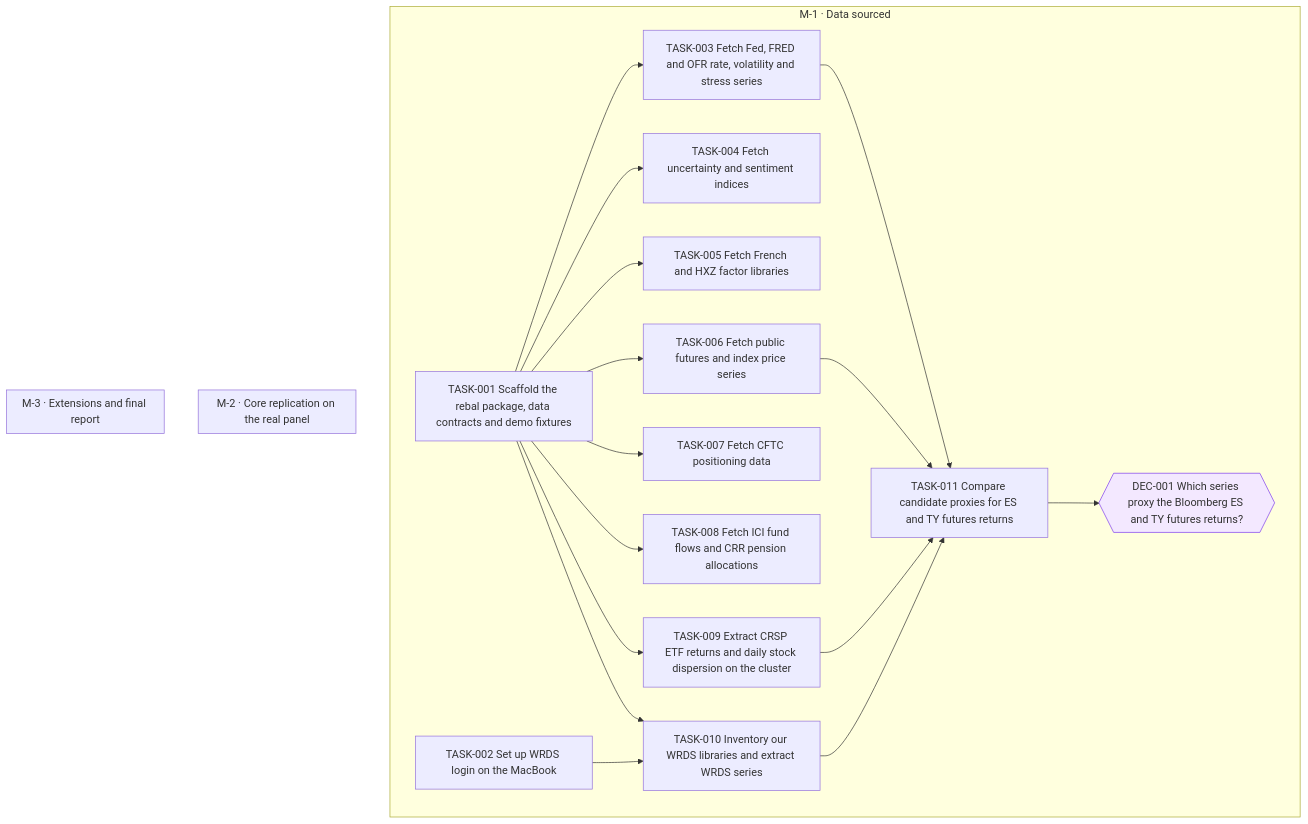
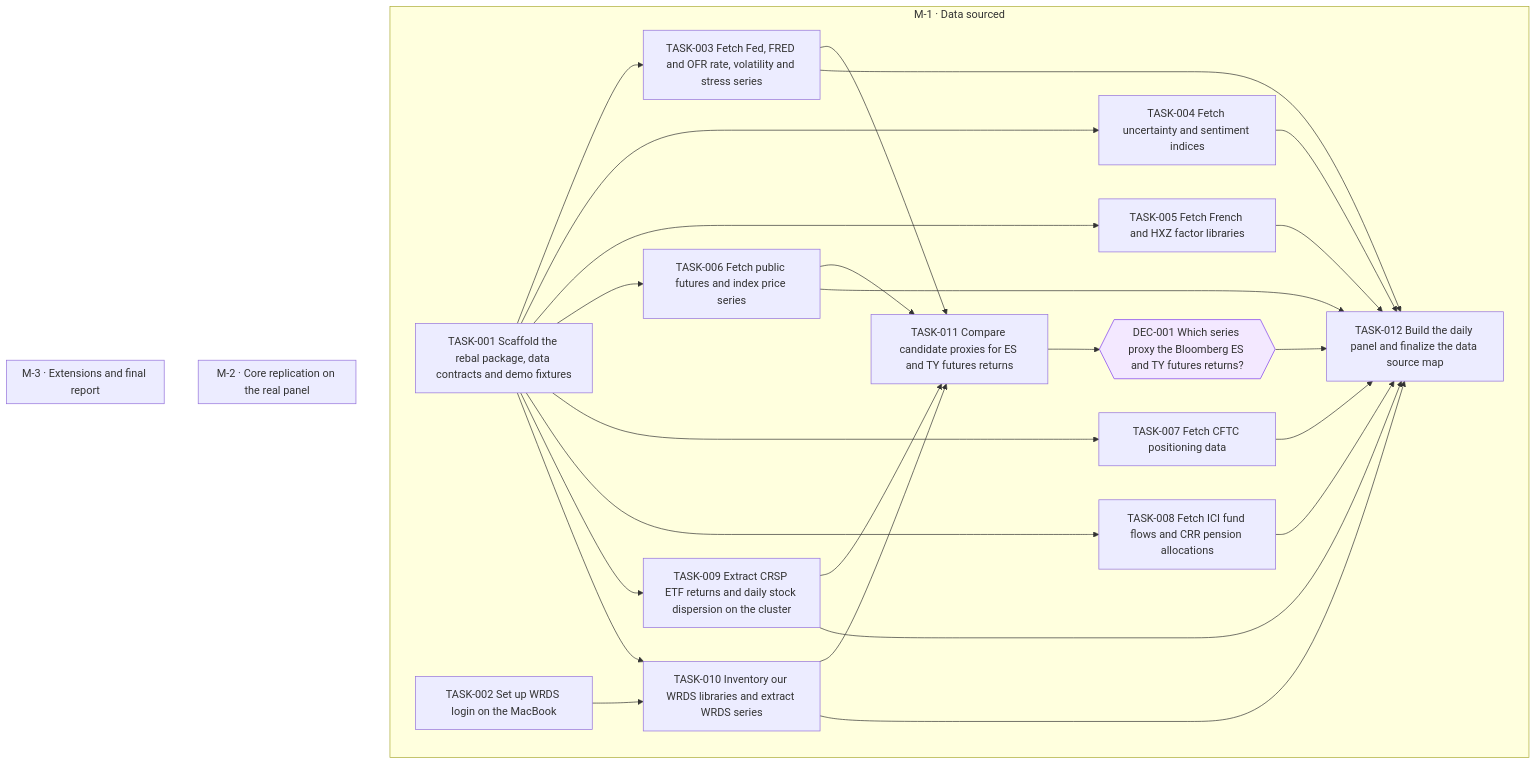
The diagram in goals/hmm-rebalancing/README.md (jesusvillota/replicate), drawn with Mermaid before and after one commit. The commit also changed 1 other file, not shown here.

Commit message:
goal(hmm-rebalancing): add TASK-012 Build the daily panel and finalize the data source map

````diff
--- a/goals/hmm-rebalancing/README.md
+++ b/goals/hmm-rebalancing/README.md
@@ -126,39 +126,49 @@
 ```mermaid
 flowchart TD
   subgraph M_1["M-1 · Data sourced"]
     DEC_001{{"DEC-001 Which series proxy the Bloomberg ES and TY futures returns?"}}
     TASK_001["TASK-001 Scaffold the rebal package, data contracts and demo fixtures"]
     TASK_002["TASK-002 Set up WRDS login on the MacBook"]
     TASK_003["TASK-003 Fetch Fed, FRED and OFR rate, volatility and stress series"]
     TASK_004["TASK-004 Fetch uncertainty and sentiment indices"]
     TASK_005["TASK-005 Fetch French and HXZ factor libraries"]
     TASK_006["TASK-006 Fetch public futures and index price series"]
     TASK_007["TASK-007 Fetch CFTC positioning data"]
     TASK_008["TASK-008 Fetch ICI fund flows and CRR pension allocations"]
     TASK_009["TASK-009 Extract CRSP ETF returns and daily stock dispersion on the cluster"]
     TASK_010["TASK-010 Inventory our WRDS libraries and extract WRDS series"]
     TASK_011["TASK-011 Compare candidate proxies for ES and TY futures returns"]
+    TASK_012["TASK-012 Build the daily panel and finalize the data source map"]
   end
   subgraph M_2["M-2 · Core replication on the real panel"]
   end
   subgraph M_3["M-3 · Extensions and final report"]
   end
   TASK_011 --> DEC_001
   TASK_001 --> TASK_003
   TASK_001 --> TASK_004
   TASK_001 --> TASK_005
   TASK_001 --> TASK_006
   TASK_001 --> TASK_007
   TASK_001 --> TASK_008
   TASK_001 --> TASK_009
   TASK_001 --> TASK_010
   TASK_002 --> TASK_010
   TASK_003 --> TASK_011
   TASK_006 --> TASK_011
   TASK_009 --> TASK_011
   TASK_010 --> TASK_011
+  TASK_003 --> TASK_012
+  TASK_004 --> TASK_012
+  TASK_005 --> TASK_012
+  TASK_006 --> TASK_012
+  TASK_007 --> TASK_012
+  TASK_008 --> TASK_012
+  TASK_009 --> TASK_012
+  TASK_010 --> TASK_012
+  DEC_001 --> TASK_012
   classDef draft stroke-dasharray: 4 3
   classDef cancelled opacity:0.45
   classDef decision fill:#f3e8ff,stroke:#7c3aed
   class DEC_001 decision
 ```
````
